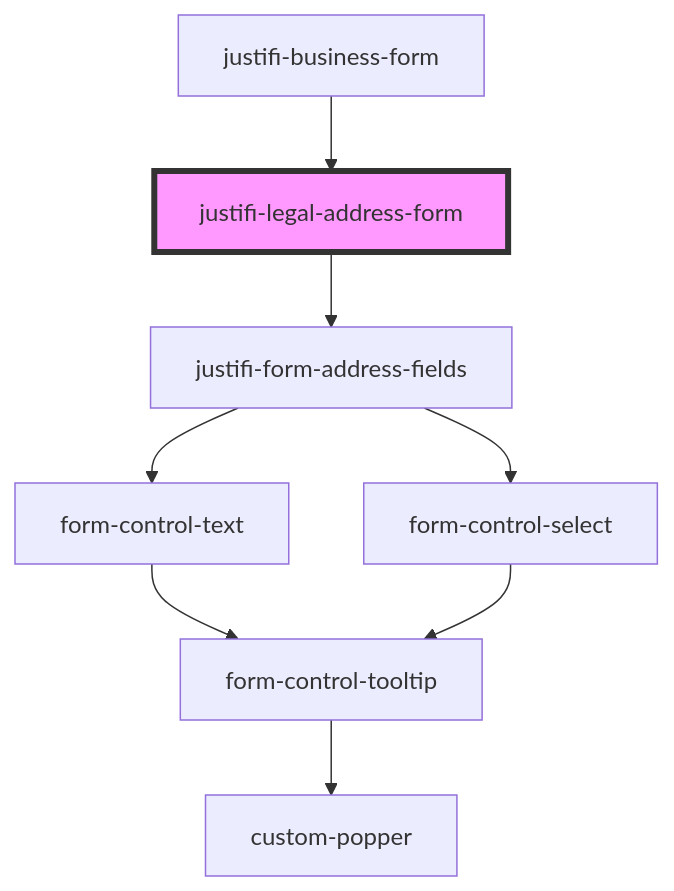
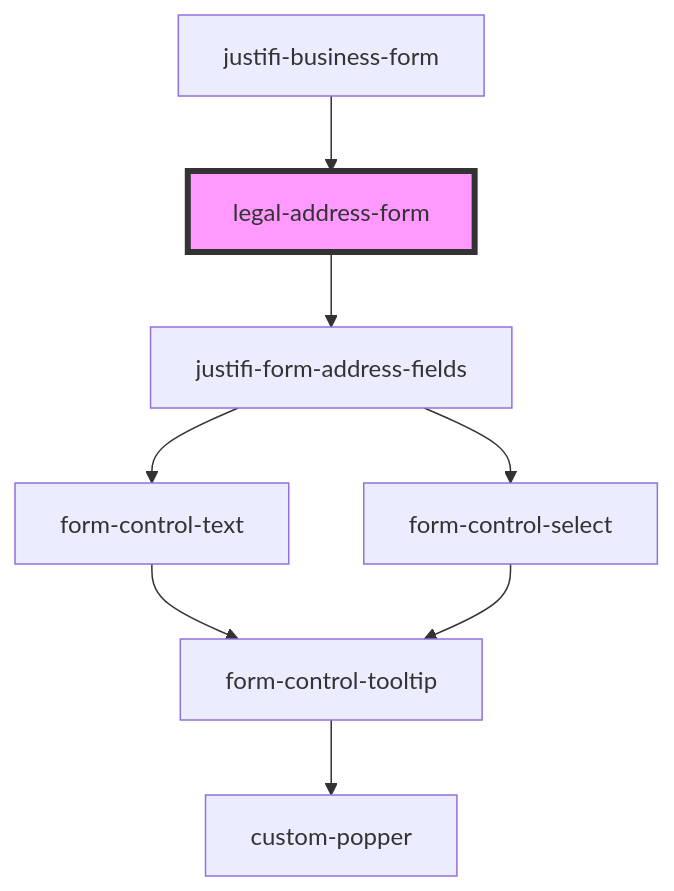
Before and after one commit to justifi-tech/web-component-library: the diagram in packages/webcomponents/src/components/business-forms/business-form/legal-address-form/readme.md, drawn with Mermaid. The commit also changed 14 other files, not shown here.

First line of the commit message:
Refactor business forms components to remove 'Justifi' prefix

````diff
--- a/packages/webcomponents/src/components/business-forms/business-form/legal-address-form/readme.md
+++ b/packages/webcomponents/src/components/business-forms/business-form/legal-address-form/readme.md
@@ -27,11 +27,11 @@
 ```mermaid
 graph TD;
-  justifi-legal-address-form --> justifi-form-address-fields
+  legal-address-form --> justifi-form-address-fields
   justifi-form-address-fields --> form-control-text
   justifi-form-address-fields --> form-control-select
   form-control-text --> form-control-tooltip
   form-control-tooltip --> custom-popper
   form-control-select --> form-control-tooltip
-  justifi-business-form --> justifi-legal-address-form
-  style justifi-legal-address-form fill:#f9f,stroke:#333,stroke-width:4px
+  justifi-business-form --> legal-address-form
+  style legal-address-form fill:#f9f,stroke:#333,stroke-width:4px
 ```
````
